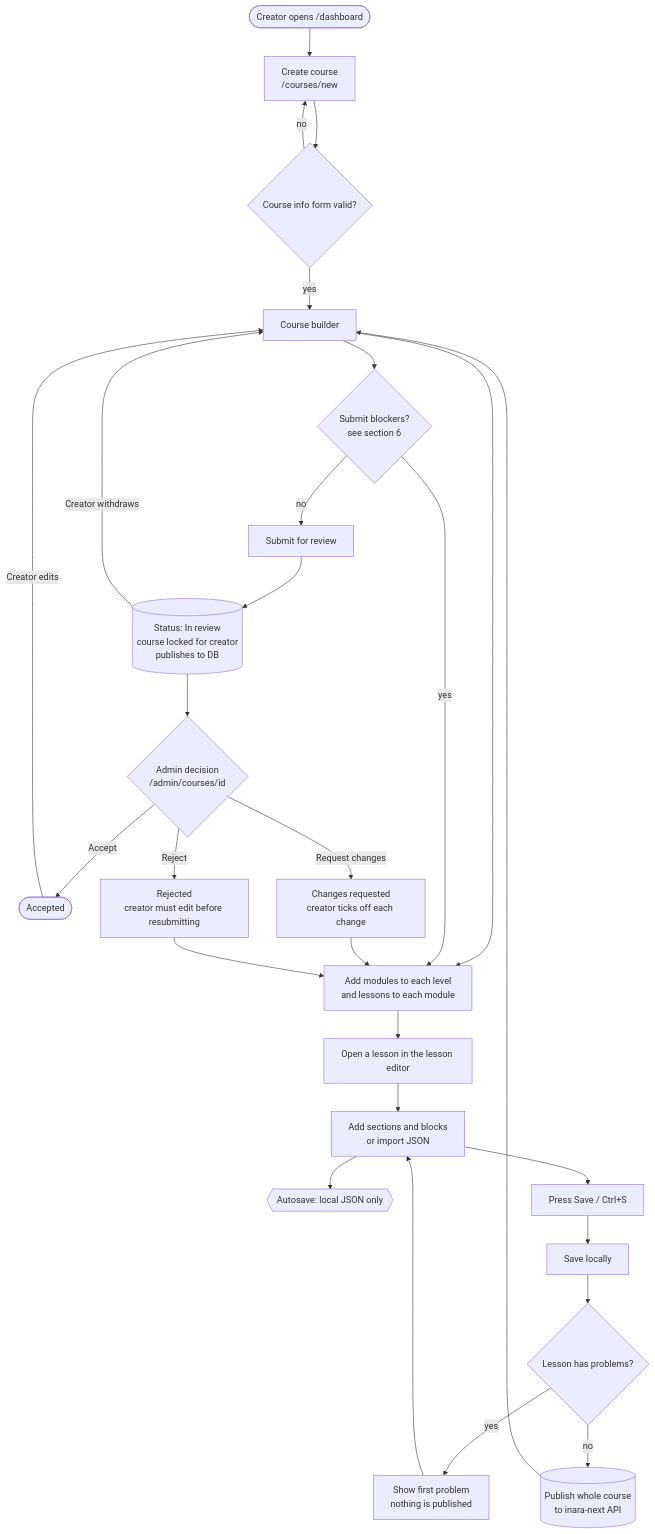
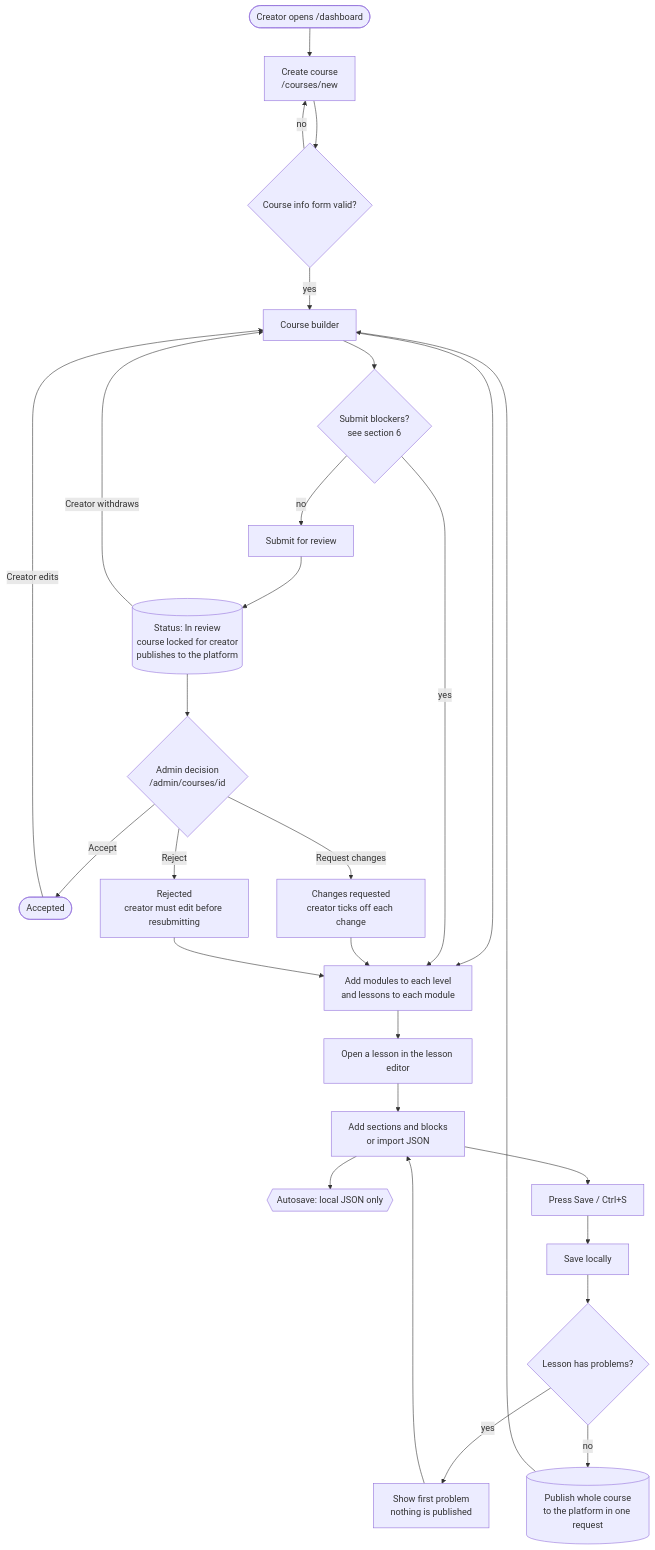
Before and after one commit to HafsaJavedPak/inarax-course-editor: the first of 3 diagrams in docs/HANDOVER.md, drawn with Mermaid. The commit also changed other lines of this file and 54 other files, not shown here.

First line of the commit message:
Publish through the Course Publishing Protocol instead of inara-next's admin API

````diff
--- a/docs/HANDOVER.md
+++ b/docs/HANDOVER.md
@@ -69,30 +74,30 @@
 ```mermaid
 flowchart TD
     A([Creator opens /dashboard]) --> B[Create course<br/>/courses/new]
     B --> C{Course info form valid?}
     C -- no --> B
     C -- yes --> D[Course builder]
     D --> E[Add modules to each level<br/>and lessons to each module]
     E --> F[Open a lesson in the lesson editor]
     F --> G[Add sections and blocks<br/>or import JSON]
     G --> H{{Autosave: local JSON only}}
     G --> I[Press Save / Ctrl+S]
     I --> J[Save locally]
     J --> K{Lesson has problems?}
     K -- yes --> L[Show first problem<br/>nothing is published]
     L --> G
-    K -- no --> M[(Publish whole course<br/>to inara-next API)]
+    K -- no --> M[(Publish whole course<br/>to the platform in one request)]
     M --> D
     D --> N{Submit blockers?<br/>see section 6}
     N -- yes --> E
     N -- no --> O[Submit for review]
-    O --> P[(Status: In review<br/>course locked for creator<br/>publishes to DB)]
+    O --> P[(Status: In review<br/>course locked for creator<br/>publishes to the platform)]
     P --> Q{Admin decision<br/>/admin/courses/id}
     Q -- Accept --> R([Accepted])
     Q -- Request changes --> S[Changes requested<br/>creator ticks off each change]
     Q -- Reject --> T[Rejected<br/>creator must edit before resubmitting]
     S --> E
     T --> E
     P -- Creator withdraws --> D
     R -- Creator edits --> D
 ```
````
